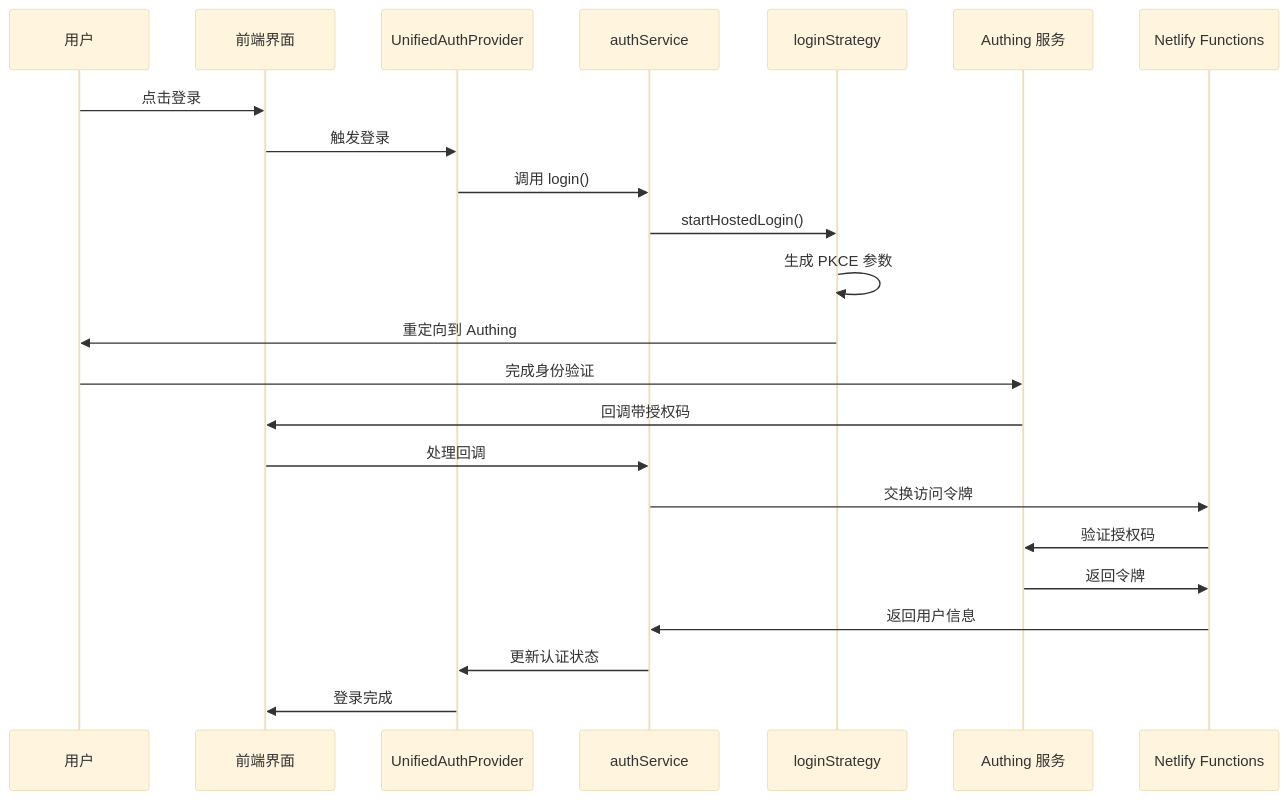
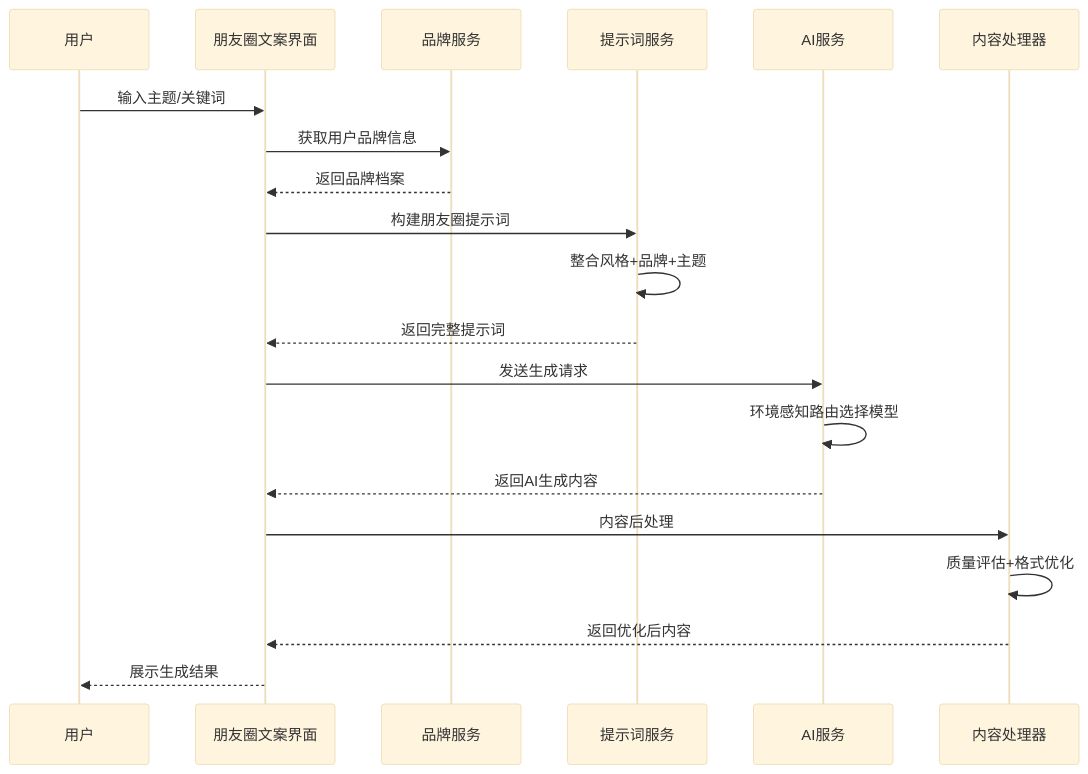
Before and after one commit to xiongtingping/wenpai: the second of 2 diagrams in .qoder/quests/unknown-task.md, drawn with Mermaid (base theme). The commit also changed other lines of this file and 4 other files, not shown here.

````diff
--- a/.qoder/quests/unknown-task.md
+++ b/.qoder/quests/unknown-task.md
@@ -87,26 +77,23 @@
 ```mermaid
 sequenceDiagram
     participant User as 用户
-    participant UI as 前端界面
-    participant UAP as UnifiedAuthProvider
-    participant AS as authService
-    participant LS as loginStrategy
-    participant Authing as Authing 服务
-    participant NF as Netlify Functions
+    participant UI as 朋友圈文案界面
+    participant BrandService as 品牌服务
+    participant PromptService as 提示词服务
+    participant AIService as AI服务
+    participant ContentProcessor as 内容处理器
     
-    User->>UI: 点击登录
-    UI->>UAP: 触发登录
-    UAP->>AS: 调用 login()
-    AS->>LS: startHostedLogin()
-    LS->>LS: 生成 PKCE 参数
-    LS->>User: 重定向到 Authing
-    User->>Authing: 完成身份验证
-    Authing->>UI: 回调带授权码
-    UI->>AS: 处理回调
-    AS->>NF: 交换访问令牌
-    NF->>Authing: 验证授权码
-    Authing->>NF: 返回令牌
-    NF->>AS: 返回用户信息
-    AS->>UAP: 更新认证状态
-    UAP->>UI: 登录完成
+    User->>UI: 输入主题/关键词
+    UI->>BrandService: 获取用户品牌信息
+    BrandService-->>UI: 返回品牌档案
+    UI->>PromptService: 构建朋友圈提示词
+    PromptService->>PromptService: 整合风格+品牌+主题
+    PromptService-->>UI: 返回完整提示词
+    UI->>AIService: 发送生成请求
+    AIService->>AIService: 环境感知路由选择模型
+    AIService-->>UI: 返回AI生成内容
+    UI->>ContentProcessor: 内容后处理
+    ContentProcessor->>ContentProcessor: 质量评估+格式优化
+    ContentProcessor-->>UI: 返回优化后内容
+    UI-->>User: 展示生成结果
 ```
````
